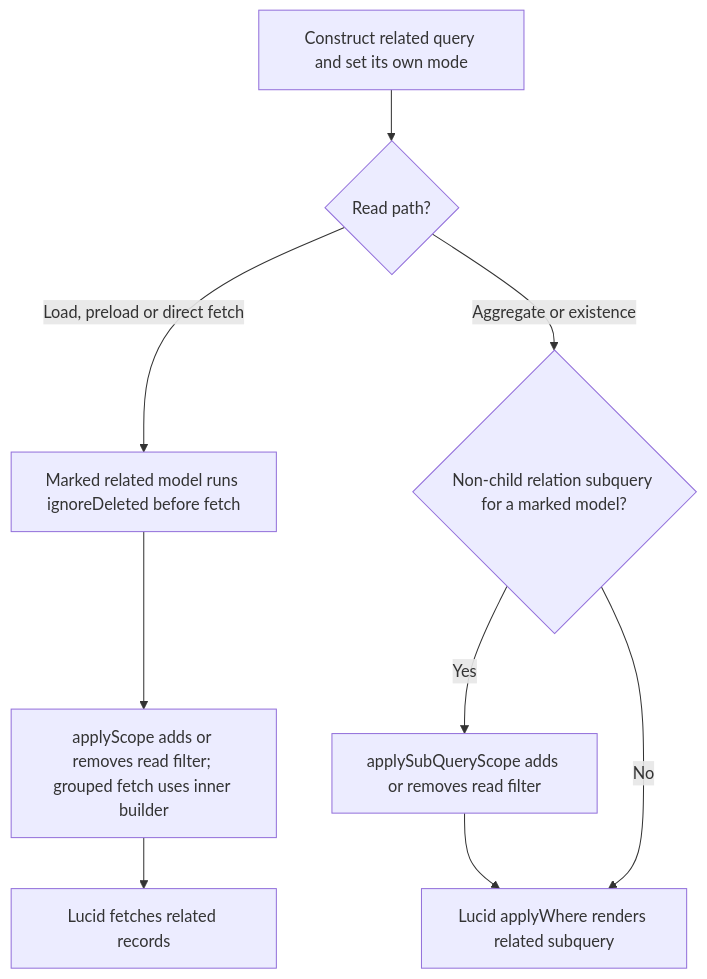
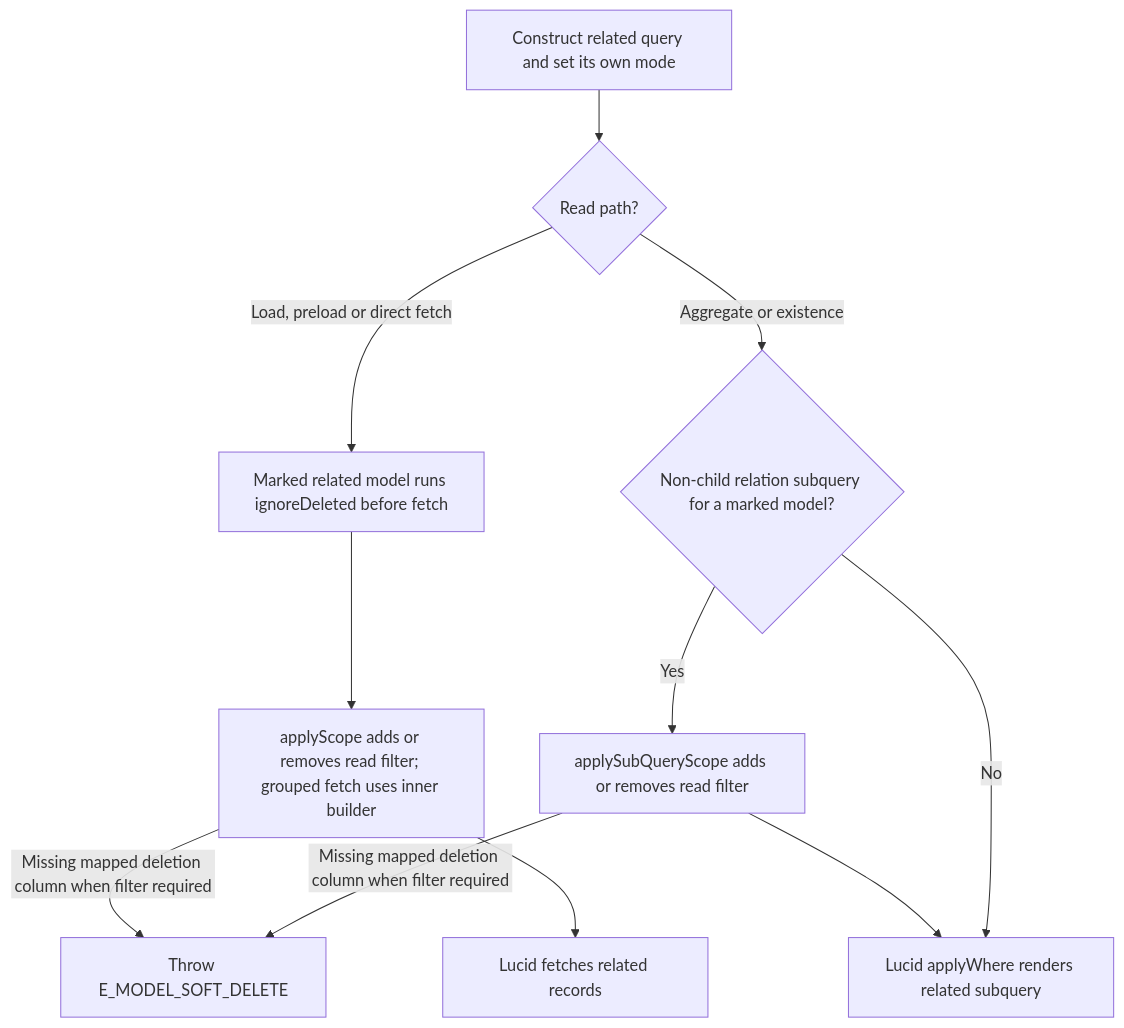
Before and after one commit to Kevinjohn/oss-adonisjs-lucid-soft-delete: the second of 2 diagrams in user-stories/integration/us-app-10-relations.md, drawn with Mermaid. The commit also changed 9 other files, not shown here.

Commit message:
Refresh soft delete user story catalogue

````diff
--- a/user-stories/integration/us-app-10-relations.md
+++ b/user-stories/integration/us-app-10-relations.md
@@ -26,11 +26,13 @@
 ```mermaid
 flowchart TD
     A["Construct related query and set its own mode"] --> B{"Read path?"}
     B -->|Load, preload or direct fetch| C["Marked related model runs ignoreDeleted before fetch"]
     C --> E["applyScope adds or removes read filter; grouped fetch uses inner builder"]
+    E -->|Missing mapped deletion column when filter required| X["Throw E_MODEL_SOFT_DELETE"]
     E --> F["Lucid fetches related records"]
     B -->|Aggregate or existence| D{"Non-child relation subquery for a marked model?"}
     D -->|Yes| G["applySubQueryScope adds or removes read filter"]
+    G -->|Missing mapped deletion column when filter required| X
     G --> H["Lucid applyWhere renders related subquery"]
     D -->|No| H
 ```
````
